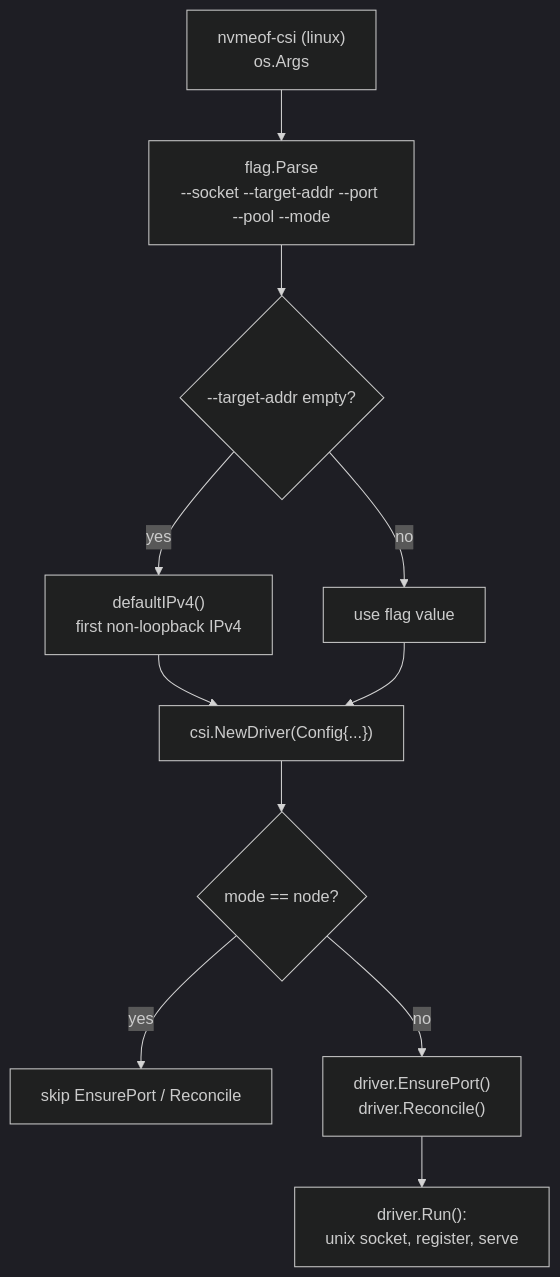
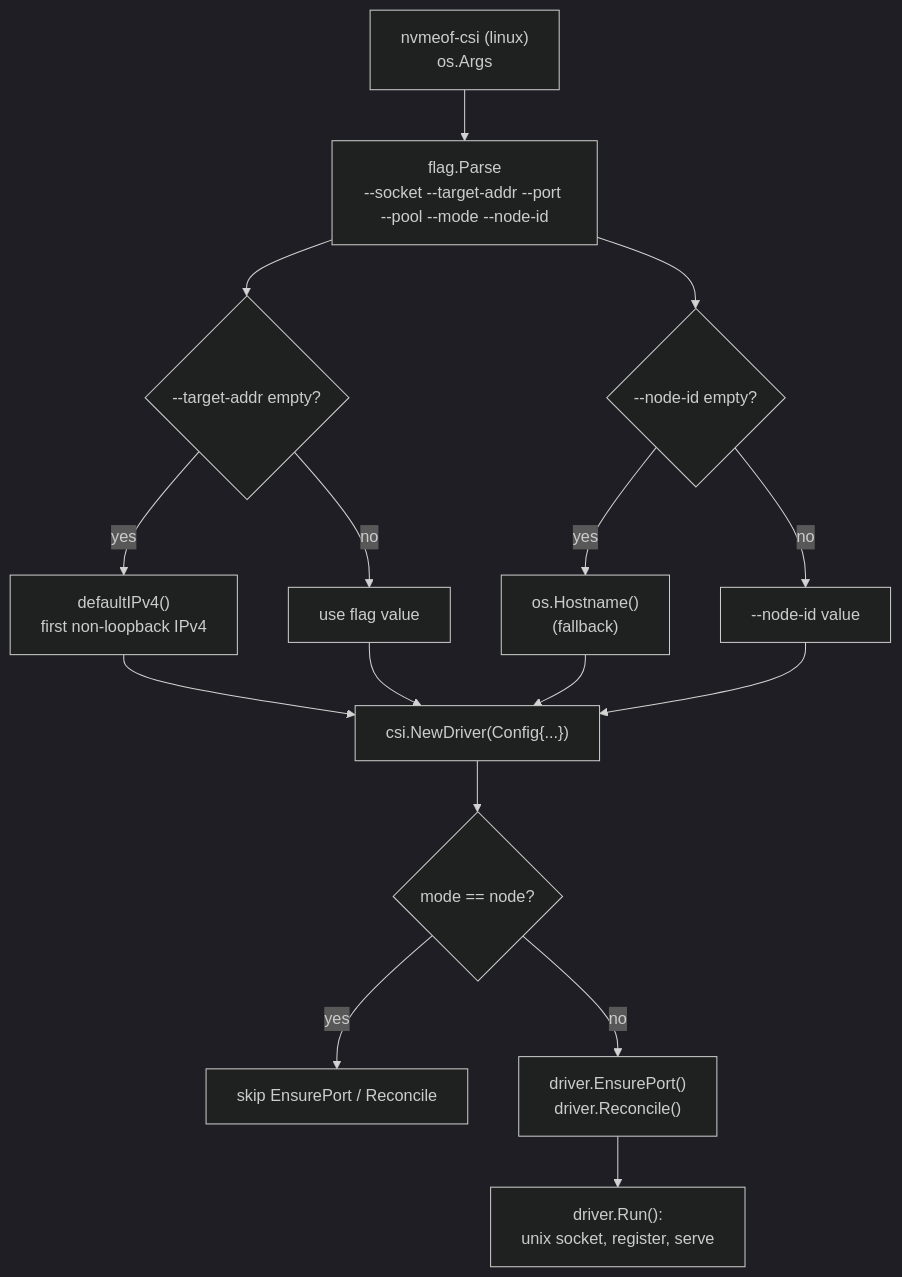
The diagram in design/csi-main-design.md (timpa0130/nvmeof-csi), drawn with Mermaid (dark theme) before and after one commit. The commit also changed other lines of this file and 12 other files, not shown here.

````diff
--- a/design/csi-main-design.md
+++ b/design/csi-main-design.md
@@ -10,13 +10,18 @@
 ```mermaid
 flowchart TD
-    START["nvmeof-csi (linux)<br/>os.Args"] --> PARSE["flag.Parse<br/>--socket --target-addr --port --pool --mode"]
+    START["nvmeof-csi (linux)<br/>os.Args"] --> PARSE["flag.Parse<br/>--socket --target-addr --port --pool --mode --node-id"]
     PARSE --> TADDR{"--target-addr empty?"}
     TADDR -->|"yes"| AUTO["defaultIPv4()<br/>first non-loopback IPv4"]
     TADDR -->|"no"| USE["use flag value"]
     AUTO --> NEW["csi.NewDriver(Config{...})"]
     USE --> NEW
+    PARSE --> NODEID{"--node-id empty?"}
+    NODEID -->|"yes"| HOST["os.Hostname()<br/>(fallback)"]
+    NODEID -->|"no"| NODEIDVAL["--node-id value"]
+    HOST --> NEW
+    NODEIDVAL --> NEW
     NEW --> MODE{"mode == node?"}
     MODE -->|"yes"| SKIP["skip EnsurePort / Reconcile"]
     MODE -->|"no"| RUN["driver.EnsurePort()<br/>driver.Reconcile()"]
     RUN --> LISTEN["driver.Run():<br/>unix socket, register, serve"]
 ```
````
